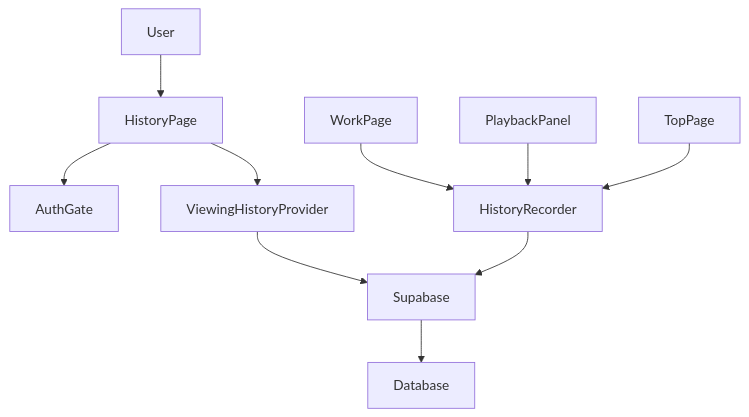
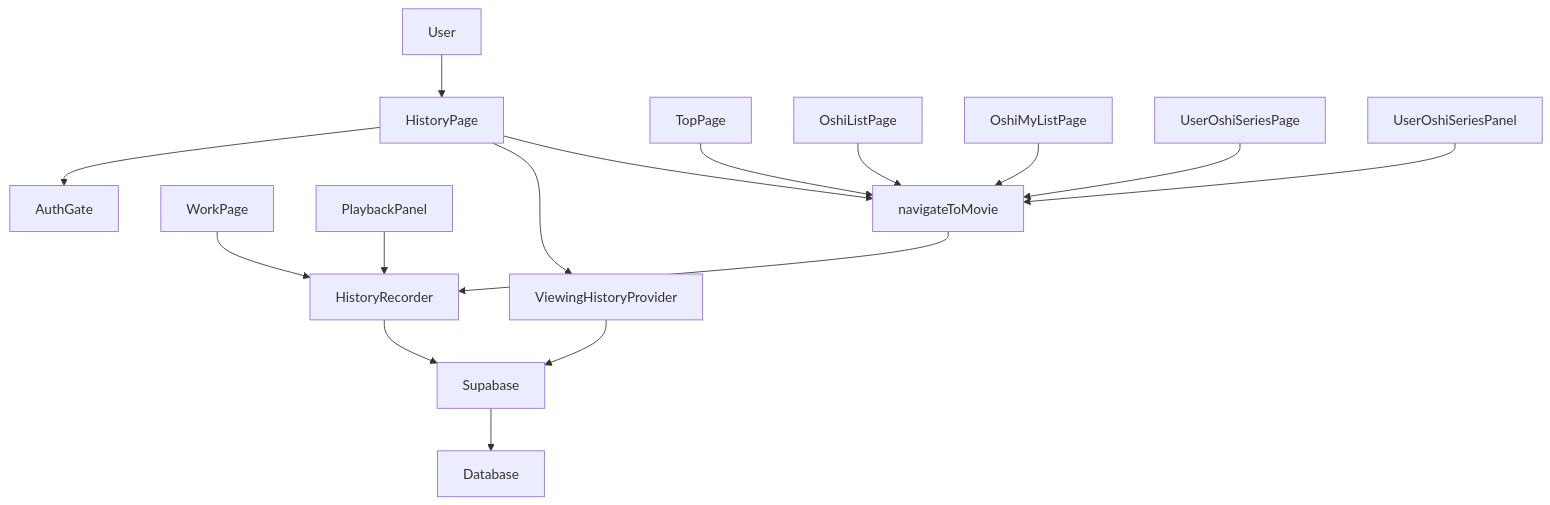
Before and after one commit to arinko39140/mangadouga: the first of 5 diagrams in .kiro/specs/viewing-history-page/design.md, drawn with Mermaid. The commit also changed other lines of this file, not shown here.

Commit message:
Update design for history navigation and recording

````diff
--- a/.kiro/specs/viewing-history-page/design.md
+++ b/.kiro/specs/viewing-history-page/design.md
@@ -74,12 +74,18 @@
 ```mermaid
 graph TB
   User --> HistoryPage
   HistoryPage --> AuthGate
   HistoryPage --> ViewingHistoryProvider
   ViewingHistoryProvider --> Supabase
   WorkPage --> HistoryRecorder
   PlaybackPanel --> HistoryRecorder
-  TopPage --> HistoryRecorder
+  TopPage --> navigateToMovie
+  OshiListPage --> navigateToMovie
+  OshiMyListPage --> navigateToMovie
+  UserOshiSeriesPage --> navigateToMovie
+  UserOshiSeriesPanel --> navigateToMovie
+  HistoryPage --> navigateToMovie
+  navigateToMovie --> HistoryRecorder
   HistoryRecorder --> Supabase
   Supabase --> Database
 ```
````
